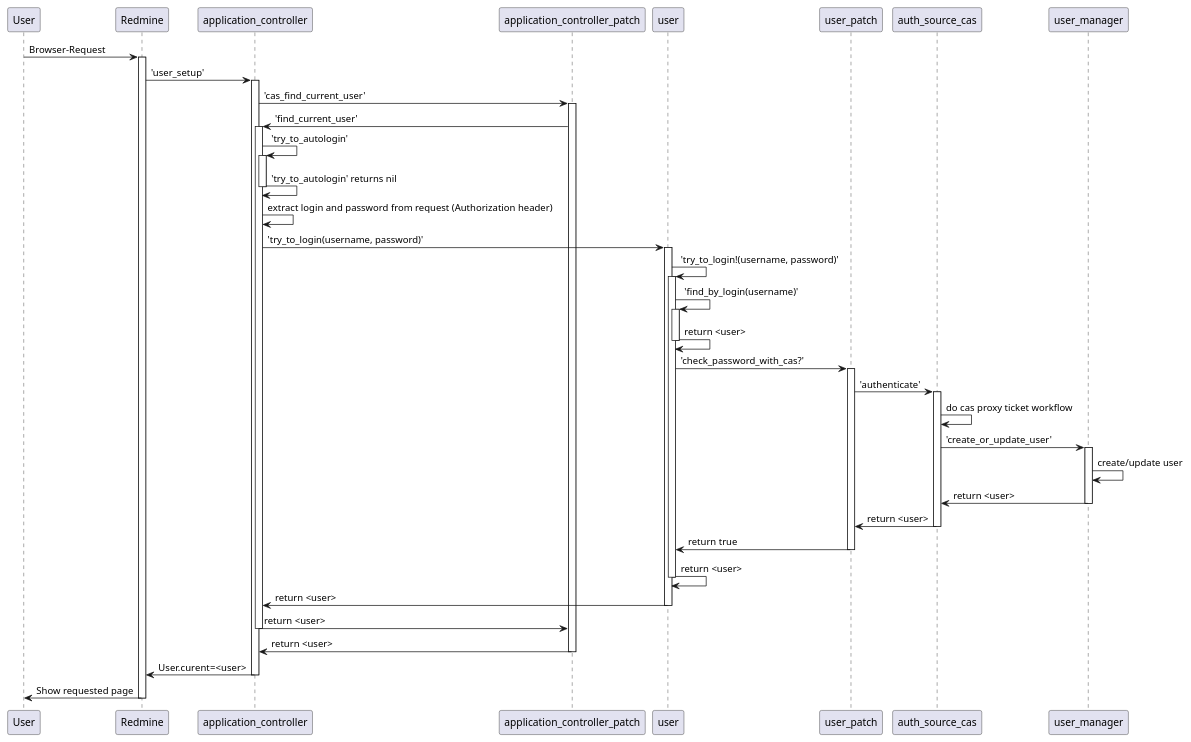
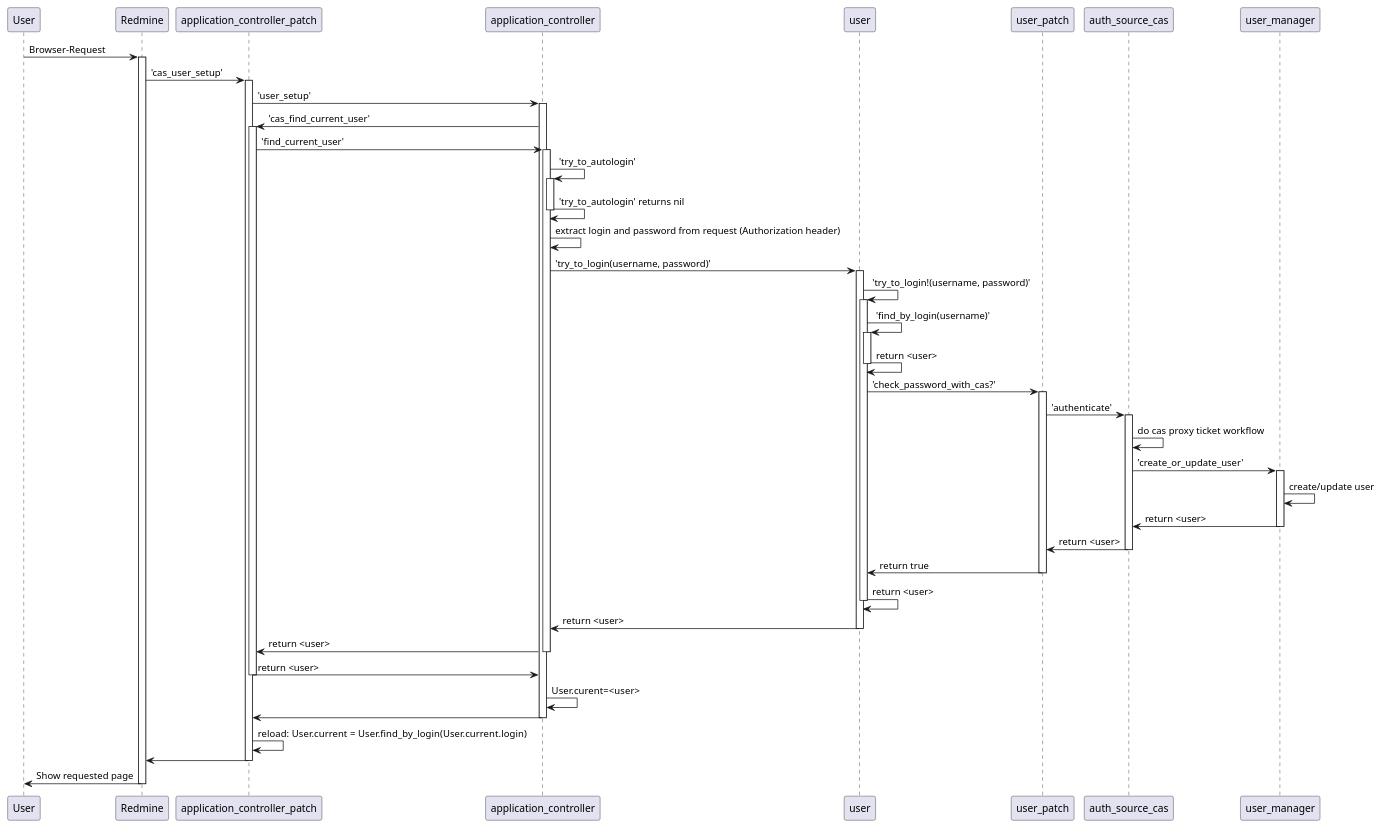
Before and after one commit to cloudogu/redmine_cas: the diagram in docs/development/figures/cas_workflow_api.puml, drawn with PlantUML. The commit also changed other lines of this file and 2 other files, not shown here.

Commit message:
#21 Update api workflow in diagram

```diff
--- a/docs/development/figures/cas_workflow_api.puml
+++ b/docs/development/figures/cas_workflow_api.puml
@@ -1,49 +1,55 @@
 @startuml
 User -> Redmine : Browser-Request
 activate Redmine
-Redmine -> application_controller : 'user_setup'
+Redmine -> application_controller_patch : 'cas_user_setup'
+activate application_controller_patch
+application_controller_patch -> application_controller : 'user_setup'
 activate application_controller
 application_controller -> application_controller_patch: 'cas_find_current_user'
 activate application_controller_patch
 application_controller_patch -> application_controller: 'find_current_user'
 activate application_controller
 application_controller -> application_controller: 'try_to_autologin'
 activate application_controller
 application_controller -> application_controller: 'try_to_autologin' returns nil
 deactivate application_controller
 application_controller -> application_controller: extract login and password from request (Authorization header)
 application_controller -> user: 'try_to_login(username, password)'
 activate user
 user -> user: 'try_to_login!(username, password)'
 activate user
 user -> user: 'find_by_login(username)'
 activate user
 user -> user: return <user>
 deactivate user
 user -> user_patch: 'check_password_with_cas?'
 activate user_patch
 user_patch -> auth_source_cas: 'authenticate'
 activate auth_source_cas
 auth_source_cas -> auth_source_cas: do cas proxy ticket workflow
 auth_source_cas -> user_manager: 'create_or_update_user'
 activate user_manager
 user_manager -> user_manager: create/update user
 user_manager -> auth_source_cas: return <user>
 deactivate user_manager
 auth_source_cas -> user_patch: return <user>
 deactivate auth_source_cas
 user_patch -> user: return true
 deactivate user_patch
 user -> user: return <user>
 deactivate user
 user -> application_controller: return <user>
 deactivate user
 application_controller -> application_controller_patch: return <user>
 deactivate application_controller
 application_controller_patch -> application_controller: return <user>
 deactivate application_controller_patch
-application_controller -> Redmine: User.curent=<user>
+application_controller -> application_controller: User.curent=<user>
+application_controller -> application_controller_patch
 deactivate application_controller
+application_controller_patch -> application_controller_patch: reload: User.current = User.find_by_login(User.current.login)
+application_controller_patch -> Redmine
+deactivate application_controller_patch
 Redmine -> User: Show requested page
 deactivate Redmine
 @enduml
```
